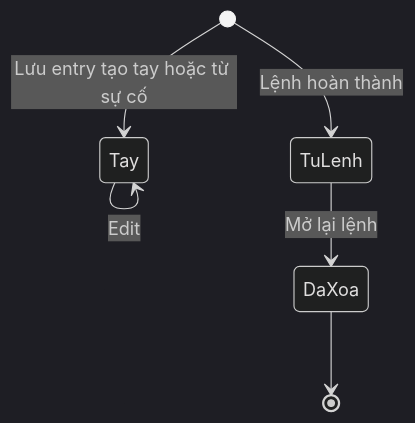
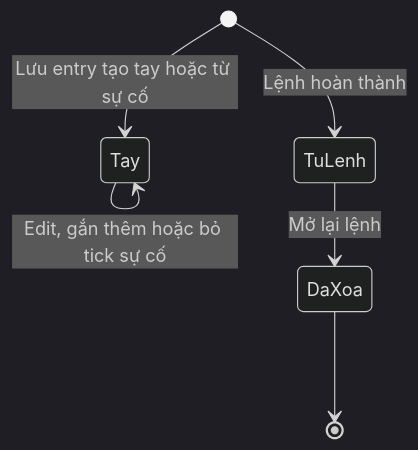
One commit to szitphan/invlogis changed the third of 9 diagrams in docs/_research/fleetio/srs/fleetio-repair-states.md. Above: the diagram before and after it, drawn with Mermaid (dark theme). The commit also changed other lines of this file and 113 other files, not shown here.

````diff
--- a/docs/_research/fleetio/srs/fleetio-repair-states.md
+++ b/docs/_research/fleetio/srs/fleetio-repair-states.md
@@ -101,8 +111,8 @@
 ```mermaid
 stateDiagram-v2
     [*] --> Tay: Lưu entry tạo tay hoặc từ sự cố
     [*] --> TuLenh: Lệnh hoàn thành
-    Tay --> Tay: Edit
+    Tay --> Tay: Edit, gắn thêm hoặc bỏ tick sự cố
     TuLenh --> DaXoa: Mở lại lệnh
     DaXoa --> [*]
 ```
````
